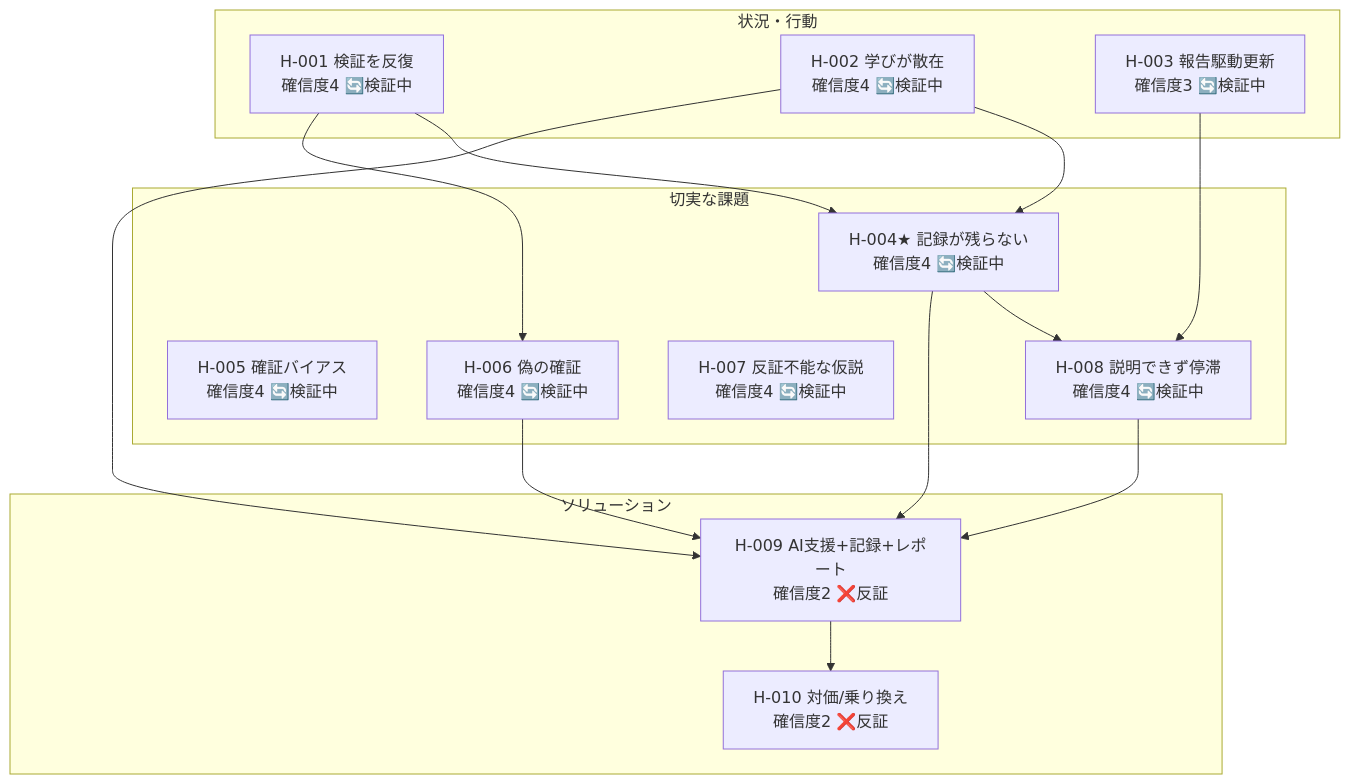
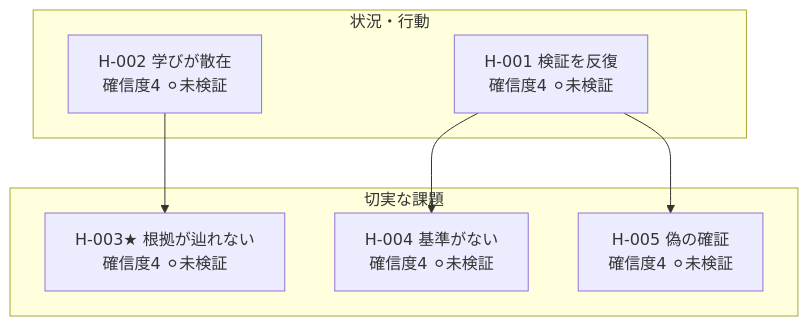
Before and after one commit to haru01/hypothesis-wiki: the diagram in projects/self/wiki/views/hypotheses-list.md, drawn with Mermaid. The commit also changed other lines of this file and 85 other files, not shown here.

````diff
--- a/projects/self/wiki/views/hypotheses-list.md
+++ b/projects/self/wiki/views/hypotheses-list.md
@@ -10,29 +9,15 @@
 ```mermaid
 flowchart TB
     subgraph beh["状況・行動"]
-      SELF_H_001["H-001 検証を反復<br/>確信度4 🔄検証中"]
-      SELF_H_002["H-002 学びが散在<br/>確信度4 🔄検証中"]
-      SELF_H_003["H-003 報告駆動更新<br/>確信度3 🔄検証中"]
+      SELF_H_001["H-001 検証を反復<br/>確信度4 ⚪未検証"]
+      SELF_H_002["H-002 学びが散在<br/>確信度4 ⚪未検証"]
     end
     subgraph prob["切実な課題"]
-      SELF_H_004["H-004★ 記録が残らない<br/>確信度4 🔄検証中"]
-      SELF_H_005["H-005 確証バイアス<br/>確信度4 🔄検証中"]
-      SELF_H_006["H-006 偽の確証<br/>確信度4 🔄検証中"]
-      SELF_H_007["H-007 反証不能な仮説<br/>確信度4 🔄検証中"]
-      SELF_H_008["H-008 説明できず停滞<br/>確信度4 🔄検証中"]
-    end
-    subgraph sol["ソリューション"]
-      SELF_H_009["H-009 AI支援+記録+レポート<br/>確信度2 ❌反証"]
-      SELF_H_010["H-010 対価/乗り換え<br/>確信度2 ❌反証"]
+      SELF_H_003["H-003★ 根拠が辿れない<br/>確信度4 ⚪未検証"]
+      SELF_H_004["H-004 基準がない<br/>確信度4 ⚪未検証"]
+      SELF_H_005["H-005 偽の確証<br/>確信度4 ⚪未検証"]
     end
     SELF_H_001 --> SELF_H_004
-    SELF_H_001 --> SELF_H_006
-    SELF_H_002 --> SELF_H_004
-    SELF_H_002 --> SELF_H_009
-    SELF_H_003 --> SELF_H_008
-    SELF_H_004 --> SELF_H_008
-    SELF_H_004 --> SELF_H_009
-    SELF_H_006 --> SELF_H_009
-    SELF_H_008 --> SELF_H_009
-    SELF_H_009 --> SELF_H_010
+    SELF_H_001 --> SELF_H_005
+    SELF_H_002 --> SELF_H_003
 ```
````
